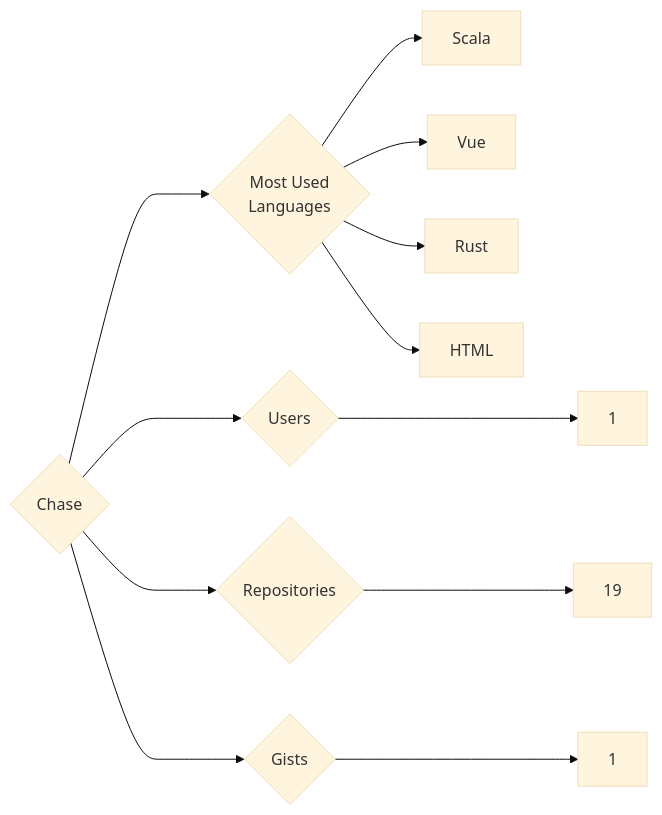
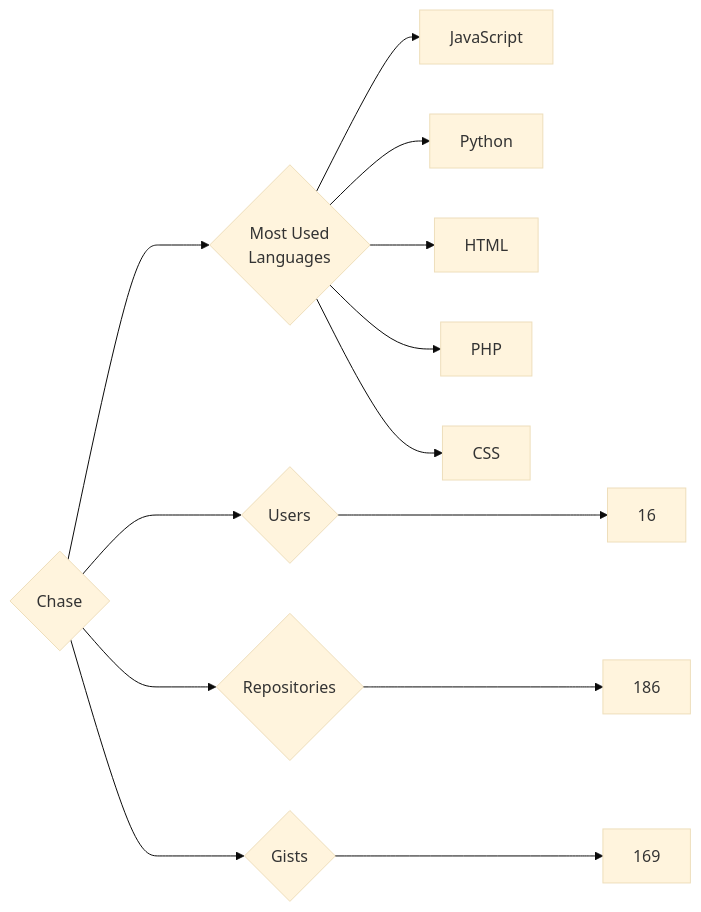
The diagram in targets/Chase/README.md (trickest/insiders), drawn with Mermaid (base theme) before and after one commit. The commit also changed 932 other files, not shown here.

````diff
--- a/targets/Chase/README.md
+++ b/targets/Chase/README.md
@@ -3,12 +3,13 @@
 ```mermaid
 graph LR
 COMPANY_NAME{Chase}
-COMPANY_NAME ---> U{Users} ---> UN[1]
-COMPANY_NAME ---> R{Repositories} ---> RN[19]
-COMPANY_NAME ---> G{Gists} ---> GN[1]
+COMPANY_NAME ---> U{Users} ---> UN[16]
+COMPANY_NAME ---> R{Repositories} ---> RN[186]
+COMPANY_NAME ---> G{Gists} ---> GN[169]
 COMPANY_NAME ---> ML{Most Used<br>Languages}
-ML --> Scala[Scala]
-ML --> Vue[Vue]
-ML --> Rust[Rust]
+ML --> JavaScript[JavaScript]
+ML --> Python[Python]
 ML --> HTML[HTML]
+ML --> PHP[PHP]
+ML --> CSS[CSS]
 ```
````
